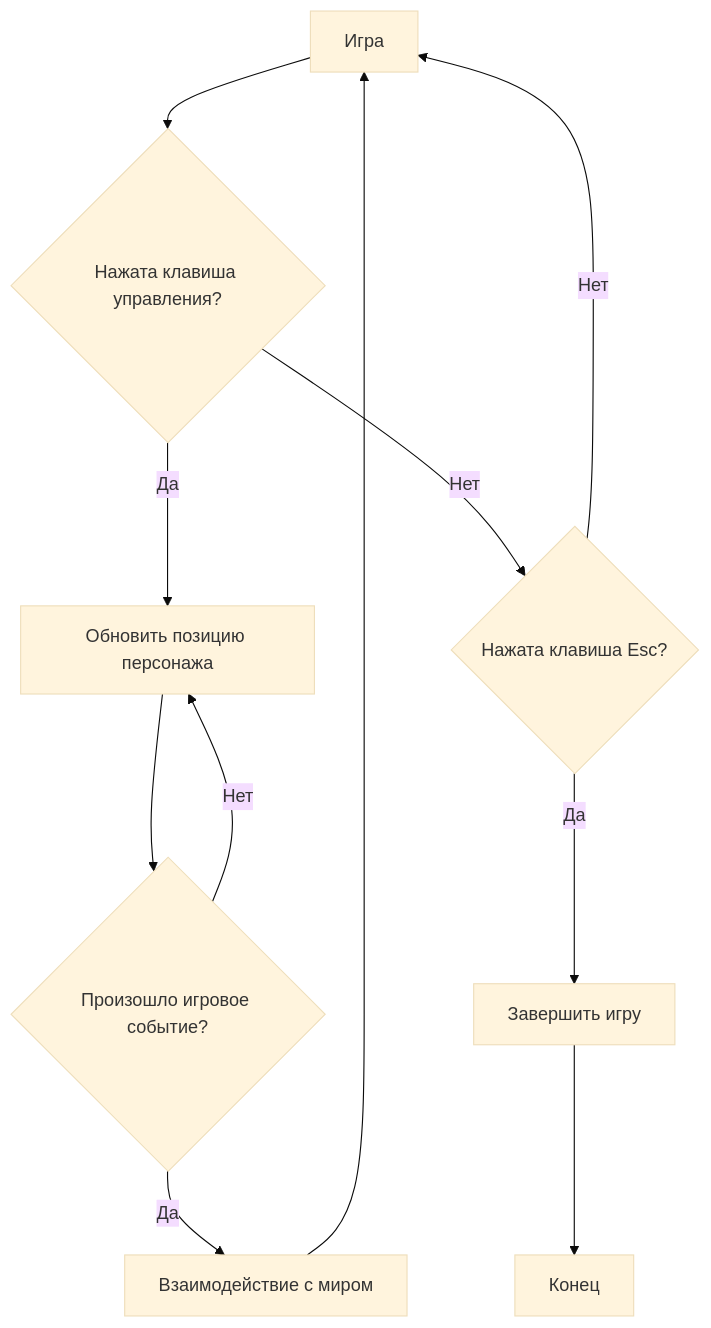
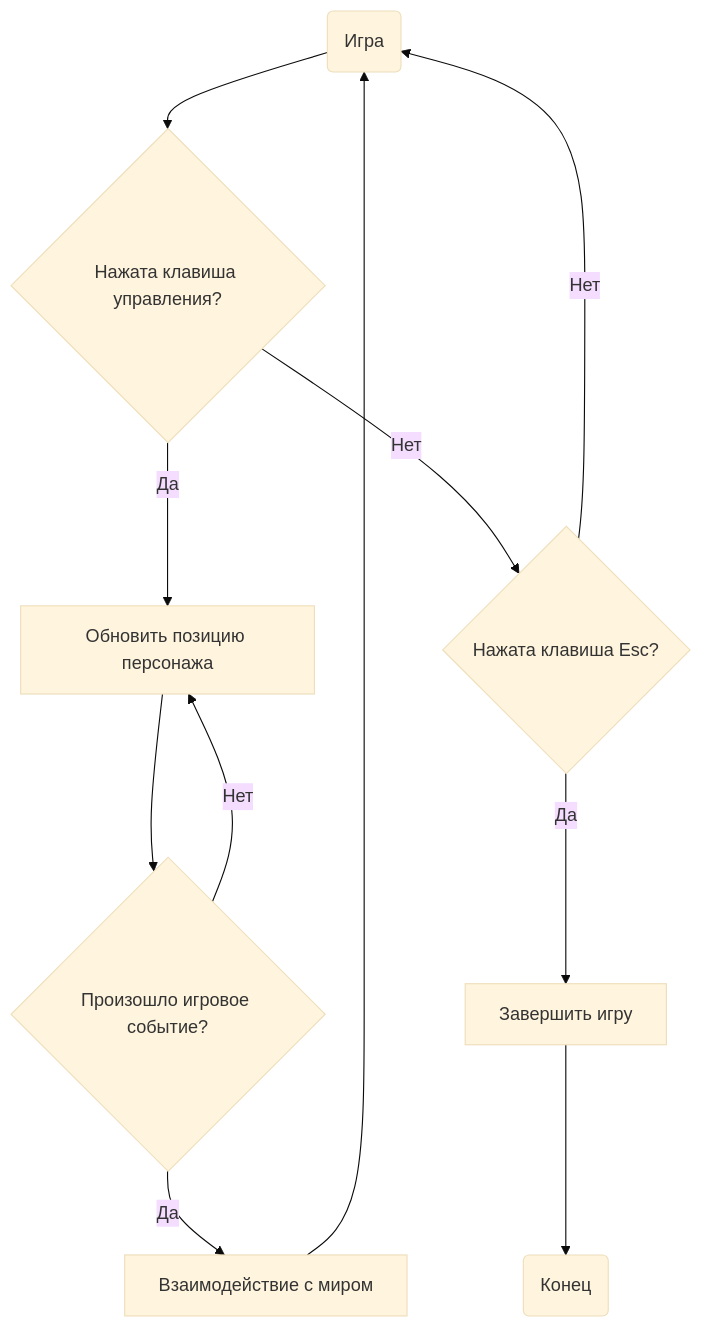
The third of 7 diagrams in docs/functions.md (ArinaTolpa/Lab1.2), drawn with Mermaid (base theme) before and after one commit. The commit also changed other lines of this file, not shown here.

````diff
--- a/docs/functions.md
+++ b/docs/functions.md
@@ -45,13 +45,13 @@
 ```mermaid
 graph TD
-    A[Игра] --> B{Нажата клавиша управления?}
+    A(Игра) --> B{Нажата клавиша управления?}
     B -- Да --> C[Обновить позицию персонажа]
     C --> D{Произошло игровое событие?}
     D -- Да --> E[Взаимодействие с миром]
     D -- Нет --> C
     E --> A
     B -- Нет --> F{Нажата клавиша Esc?}
     F -- Да --> G[Завершить игру]
-    G --> H[Конец]
+    G --> H(Конец)
     F -- Нет --> A
 ```
````
